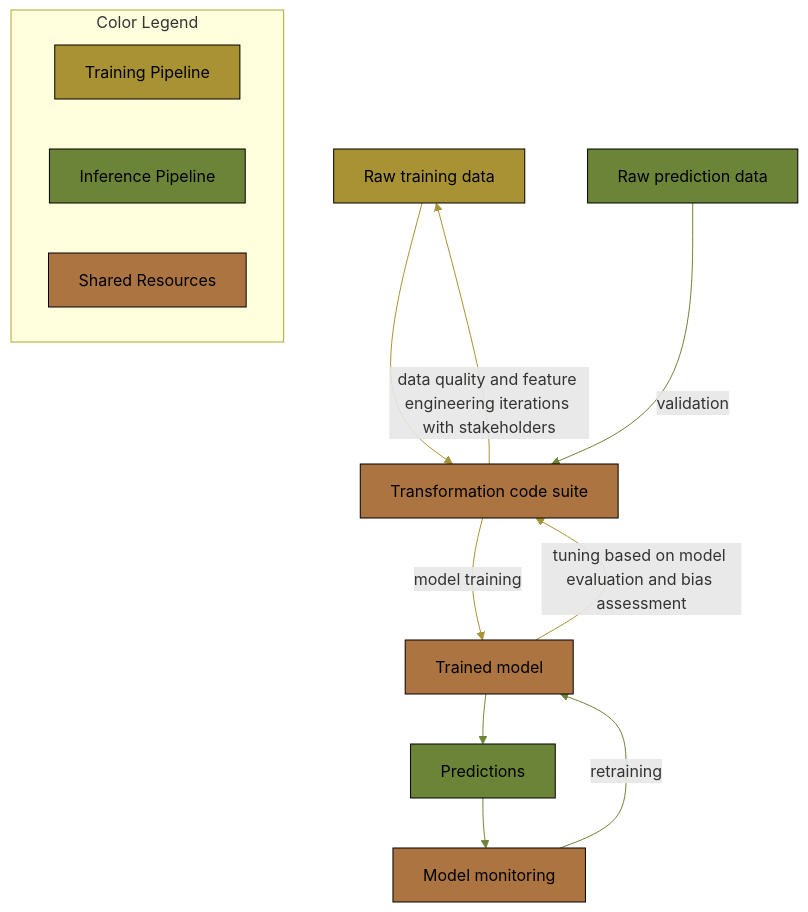
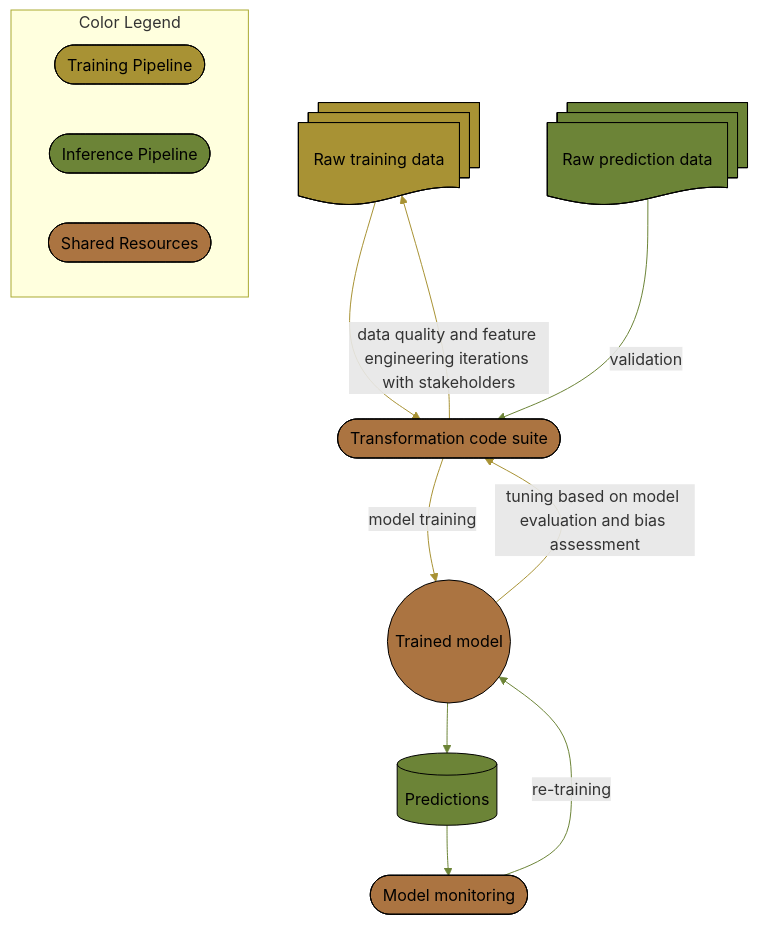
Before and after one commit to skvorekn/skvorekn: the diagram in portfolio/diagrams/Machine Learning Pipeline.md, drawn with Mermaid.

Commit message:
style: node shapes

````diff
--- a/portfolio/diagrams/Machine Learning Pipeline.md
+++ b/portfolio/diagrams/Machine Learning Pipeline.md
@@ -1,28 +1,28 @@
 ```mermaid
 flowchart TD
-    raw_train_data[Raw training data]-->transform[Transformation code suite]-- data quality and feature engineering iterations with stakeholders -->raw_train_data
-    transform-- model training -->model[Trained model]-- tuning based on model evaluation and bias assessment -->transform
-    monitoring[Model monitoring]-- retraining -->model
+    raw_train_data@{ shape: docs, label: "Raw training data" }-->transform([Transformation code suite])-- data quality and feature engineering iterations with stakeholders -->raw_train_data
+    transform-- model training -->model((Trained model))-- tuning based on model evaluation and bias assessment -->transform
+    monitoring([Model monitoring])-- re-training -->model
     linkStyle 0,1,2,3 stroke:#A89234,color;
 
-    raw_test_data[Raw prediction data]-- validation -->transform
-    model-->predictions[Predictions]-->monitoring
+    raw_test_data@{ shape: docs, label: "Raw prediction data" }-- validation -->transform
+    model-->predictions[(Predictions)]-->monitoring
     linkStyle 4,5,6,7 stroke:#6C8437,color;
 
    subgraph legend [Color Legend]
-       trainLegend[Training Pipeline]
-       inferenceLegend[Inference Pipeline]
-       sharedLegend[Shared Resources]
+       trainLegend([Training Pipeline])
+       inferenceLegend([Inference Pipeline])
+       sharedLegend([Shared Resources])
    end
 
    classDef training_pipeline fill:#A89234,stroke:#000000,color:#000000;
    class trainLegend,raw_train_data training_pipeline;
 
    classDef inference_pipeline fill:#6C8437,stroke:#000000,color:#000000;
    class inferenceLegend,raw_test_data,predictions inference_pipeline;
 
    classDef shared_resources fill:#AB7441,stroke:#000000,color:#000000;
    class sharedLegend,transform,model,monitoring shared_resources;
 
 
 ```
````
